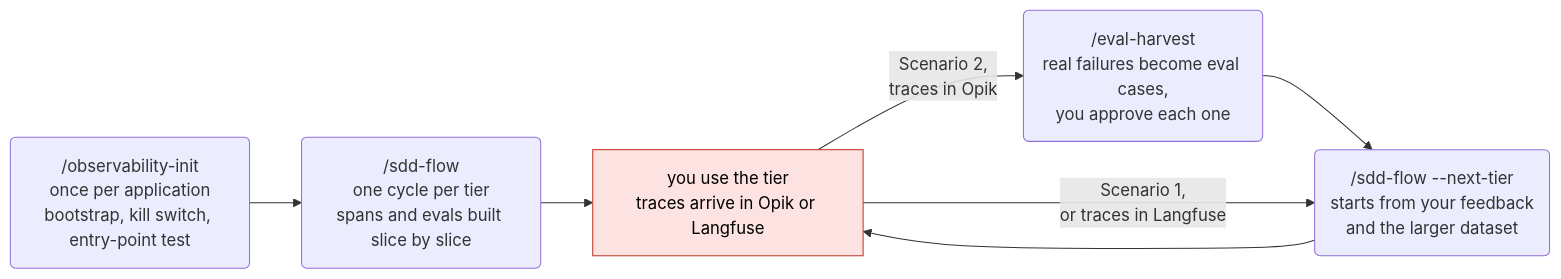
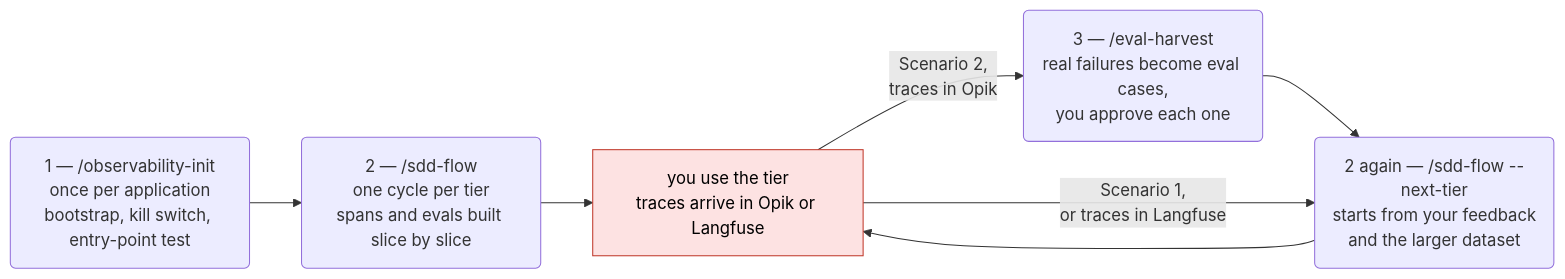
One commit to pablooliva/claude-plugins changed the second of 5 diagrams in agent-engineering/docs/observability-diagram.md. Above: the diagram before and after it, drawn with Mermaid. The commit also changed other lines of this file and 1 other file, not shown here.

First line of the commit message:
docs: say plainly when observability-init is run and how reviews read traces

````diff
--- a/agent-engineering/docs/observability-diagram.md
+++ b/agent-engineering/docs/observability-diagram.md
@@ -40,11 +53,11 @@
 ```mermaid
 flowchart LR
-    init("/observability-init<br/>once per application<br/>bootstrap, kill switch, entry-point test") --> cycle("/sdd-flow<br/>one cycle per tier<br/>spans and evals built slice by slice")
+    init("1 — /observability-init<br/>once per application<br/>bootstrap, kill switch, entry-point test") --> cycle("2 — /sdd-flow<br/>one cycle per tier<br/>spans and evals built slice by slice")
     cycle --> use["you use the tier<br/>traces arrive in Opik or Langfuse"]:::stop
-    use -- "Scenario 2,<br/>traces in Opik" --> harvest("/eval-harvest<br/>real failures become eval cases,<br/>you approve each one")
-    harvest --> next("/sdd-flow --next-tier<br/>starts from your feedback<br/>and the larger dataset")
+    use -- "Scenario 2,<br/>traces in Opik" --> harvest("3 — /eval-harvest<br/>real failures become eval cases,<br/>you approve each one")
+    harvest --> next("2 again — /sdd-flow --next-tier<br/>starts from your feedback<br/>and the larger dataset")
     use -- "Scenario 1,<br/>or traces in Langfuse" --> next
     next --> use
 
     classDef stop fill:#fde2e2,stroke:#c0392b,color:#000
 ```
````
